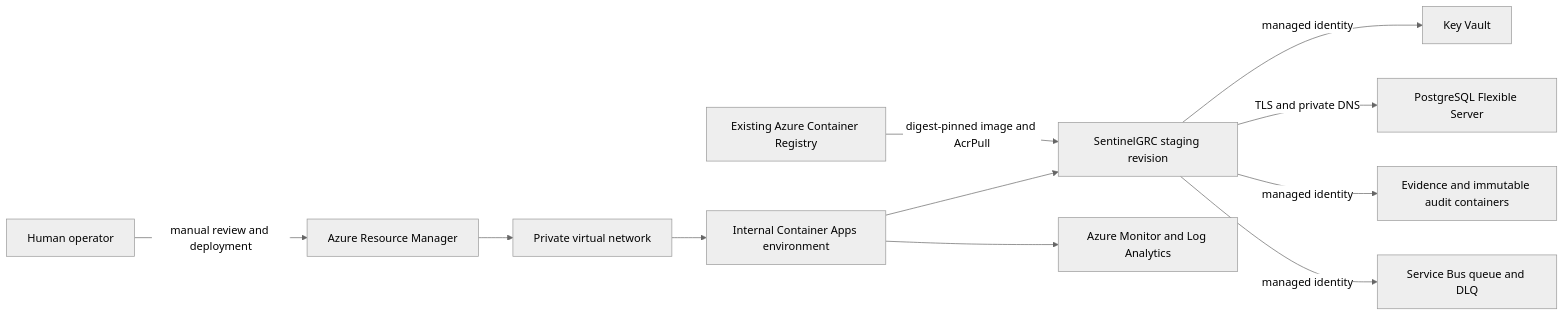
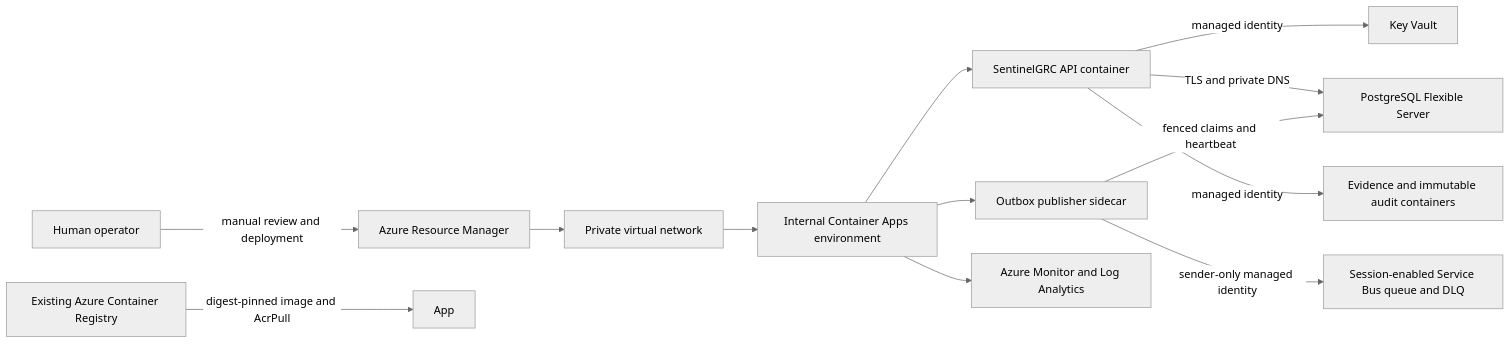
Before and after one commit to SuriyaBoon/SentinelGRC: the diagram in docs/azure-staging-deployment.md, drawn with Mermaid (neutral theme). The commit also changed other lines of this file and 19 other files, not shown here.

Commit message:
Add recoverable Service Bus outbox delivery (#23)

````diff
--- a/docs/azure-staging-deployment.md
+++ b/docs/azure-staging-deployment.md
@@ -17,13 +17,15 @@
 ```mermaid
 flowchart LR
     Operator["Human operator"] -->|"manual review and deployment"| ARM["Azure Resource Manager"]
     ARM --> VNet["Private virtual network"]
     VNet --> CAE["Internal Container Apps environment"]
-    CAE --> App["SentinelGRC staging revision"]
-    App -->|"managed identity"| KV["Key Vault"]
-    App -->|"TLS and private DNS"| PG["PostgreSQL Flexible Server"]
-    App -->|"managed identity"| Blob["Evidence and immutable audit containers"]
-    App -->|"managed identity"| SB["Service Bus queue and DLQ"]
+    CAE --> API["SentinelGRC API container"]
+    CAE --> Worker["Outbox publisher sidecar"]
+    API -->|"managed identity"| KV["Key Vault"]
+    API -->|"TLS and private DNS"| PG["PostgreSQL Flexible Server"]
+    API -->|"managed identity"| Blob["Evidence and immutable audit containers"]
+    Worker -->|"fenced claims and heartbeat"| PG
+    Worker -->|"sender-only managed identity"| SB["Session-enabled Service Bus queue and DLQ"]
     CAE --> Monitor["Azure Monitor and Log Analytics"]
     ACR["Existing Azure Container Registry"] -->|"digest-pinned image and AcrPull"| App
 ```
````
